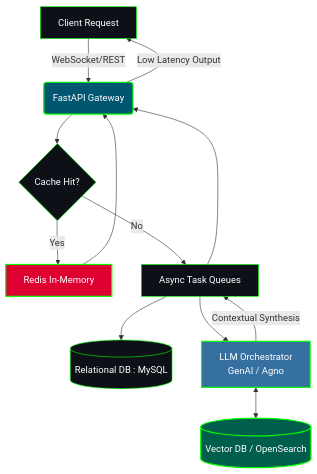
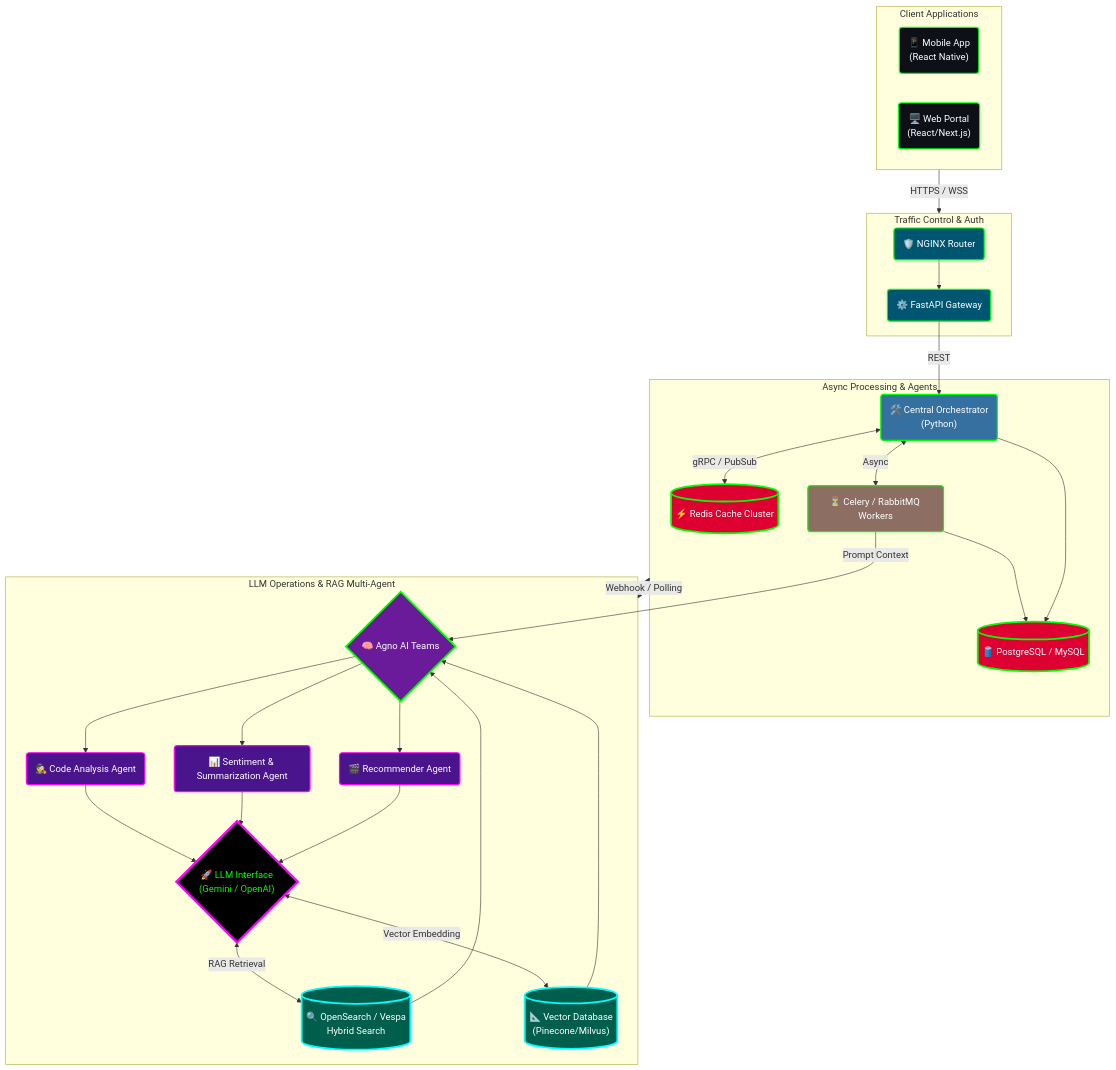
The diagram in README.md (Bishwajitgarai/Bishwajitgarai), drawn with Mermaid before and after one commit. The commit also changed other lines of this file, not shown here.

Commit message:
feat: update profile introduction and enhance architecture diagram in README

````diff
--- a/README.md
+++ b/README.md
@@ -54,23 +63,58 @@
 ```mermaid
 graph TD
-    A[Client Request] -->|WebSocket/REST| B(FastAPI Gateway)
-    B --> C{Cache Hit?}
-    C -->|Yes| D[Redis In-Memory]
-    C -->|No| E[Async Task Queues]
-    E --> F[(Relational DB : MySQL)]
-    E --> G[LLM Orchestrator<br>GenAI / Agno]
-    G <--> H[(Vector DB / OpenSearch)]
-    G -->|Contextual Synthesis| E
-    D --> B
-    E --> B
-    B -->|Low Latency Output| A
-    
-    style B fill:#005571,stroke:#00ff00,color:#fff,stroke-width:2px
-    style D fill:#DD0031,stroke:#00ff00,color:#fff,stroke-width:2px
-    style G fill:#3670A0,stroke:#00ff00,color:#fff,stroke-width:2px
-    style H fill:#005E4D,stroke:#00ff00,color:#fff,stroke-width:2px
-    style A fill:#0d1117,stroke:#00ff00,color:#fff
-    style C fill:#0d1117,stroke:#00ff00,color:#fff
-    style E fill:#0d1117,stroke:#00ff00,color:#fff
-    style F fill:#0d1117,stroke:#00ff00,color:#fff
+    %% Modern Microservices Architecture Design
+    subgraph Frontend [Client Applications]
+        A1("📱 Mobile App <br> (React Native)"):::client
+        A2("🖥️ Web Portal <br> (React/Next.js)"):::client
+    end
+
+    subgraph API_Gateway [Traffic Control & Auth]
+        B("🛡️ NGINX Router"):::gateway --> C("⚙️ FastAPI Gateway"):::gateway
+    end
+
+    Frontend -->|HTTPS / WSS| API_Gateway
+
+    %% Complex Async & GenAI workflow
+    subgraph Core_Services [Async Processing & Agents]
+        C -->|REST| D("🛠️ Central Orchestrator <br> (Python)"):::core
+        
+        %% Real-time / Caching
+        D <-->|gRPC / PubSub| E[("⚡ Redis Cache Cluster")]:::db
+        D <-->|Async| F("⏳ Celery / RabbitMQ Workers"):::worker
+        
+        %% Database Cluster
+        F --> G[("🛢️ PostgreSQL / MySQL")]:::db
+        D --> G
+    end
+
+    subgraph GenAI_Engine [LLM Operations & RAG Multi-Agent]
+        F -->|Prompt Context| H{"🧠 Agno AI Teams"}:::ai
+        
+        %% Multi-Agent simulation
+        H --> I("🕵️ Code Analysis Agent"):::agent
+        H --> J("📊 Sentiment & Summarization Agent"):::agent
+        H --> K("🎬 Recommender Agent"):::agent
+        
+        %% Model Invocations
+        I & J & K --> L{"🚀 LLM Interface <br> (Gemini / OpenAI)"}:::model
+        
+        %% Knowledge DBs
+        L <-->|RAG Retrieval| M[("🔍 OpenSearch / Vespa <br> Hybrid Search")]:::vdb
+        L <-->|Vector Embedding| N[("📐 Vector Database <br> (Pinecone/Milvus)")]:::vdb
+        
+        M & N --> H
+    end
+
+    Core_Services <-->|Webhook / Polling| GenAI_Engine
+
+    %% Defining Styles for Crazy Aesthetics
+    classDef client fill:#0d1117,stroke:#00ff00,stroke-width:2px,color:#fff;
+    classDef gateway fill:#005571,stroke:#00ff00,stroke-width:2px,color:#fff;
+    classDef core fill:#3670A0,stroke:#00ff00,stroke-width:2px,color:#fff;
+    classDef worker fill:#8D6E63,stroke:#00ff00,stroke-width:2px,color:#fff;
+    classDef db fill:#DD0031,stroke:#00ff00,stroke-width:3px,color:#fff;
+    classDef ai fill:#6A1B9A,stroke:#00ff00,stroke-width:3px,color:#fff;
+    classDef agent fill:#4A148C,stroke:#FF00FF,stroke-width:2px,color:#fff;
+    classDef model fill:#000000,stroke:#FF00FF,stroke-width:4px,color:#00FF00;
+    classDef vdb fill:#005E4D,stroke:#00FFFF,stroke-width:3px,color:#fff;
 ```
````
